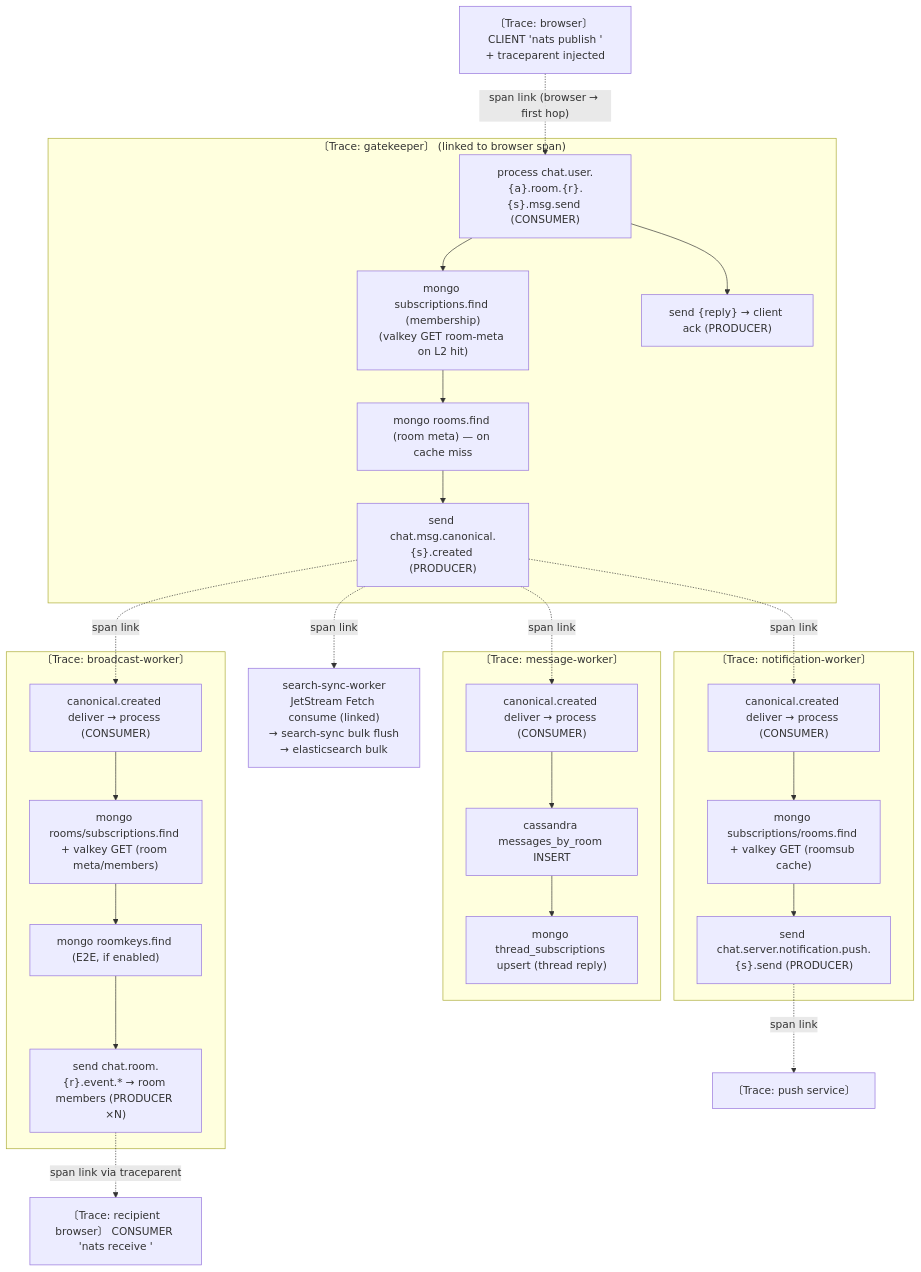
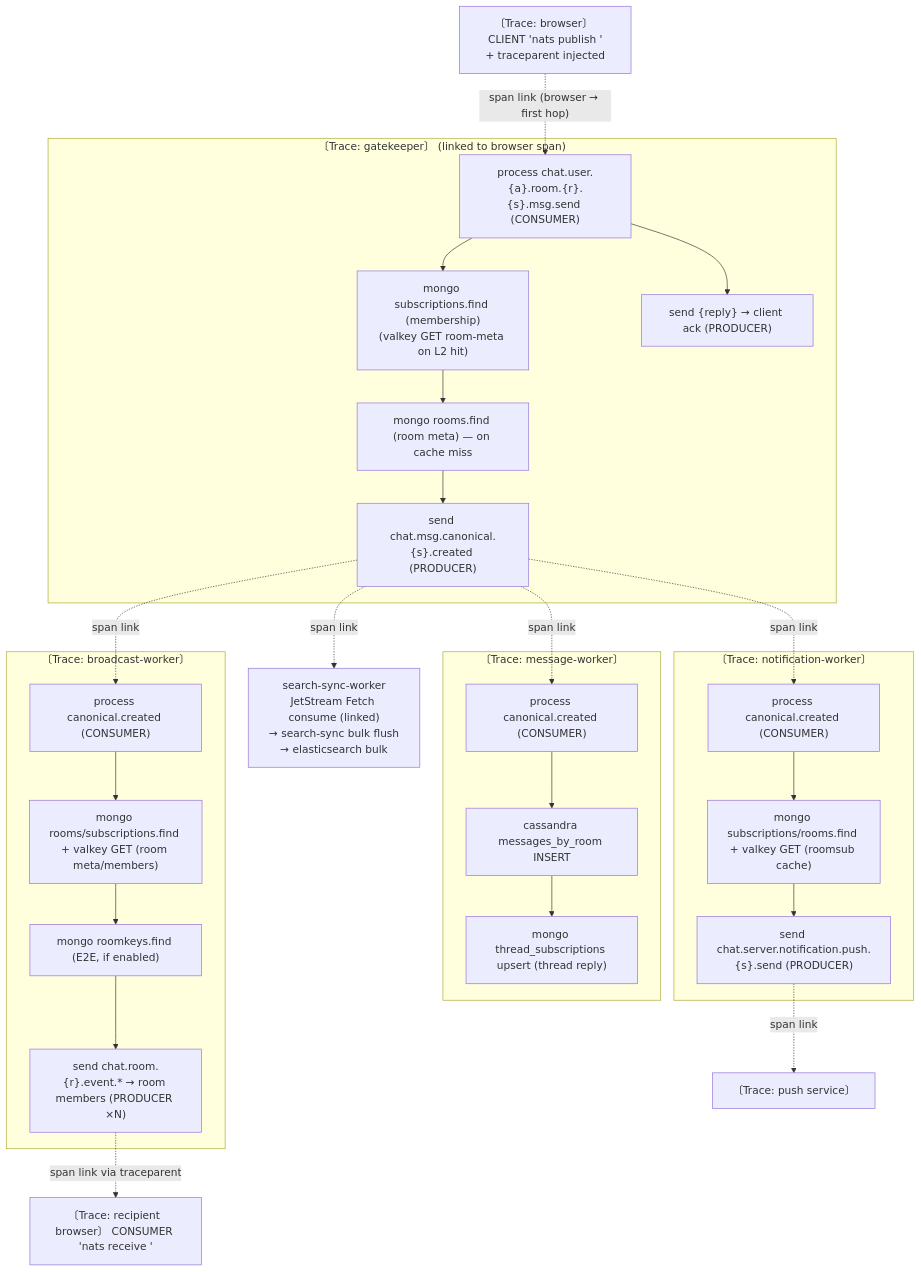
The first of 5 diagrams in docs/specs/o11y/o11y-trace-design.md (hmchangw/newchat), drawn with Mermaid before and after one commit. The commit also changed other lines of this file and 47 other files, not shown here.

````diff
--- a/docs/specs/o11y/o11y-trace-design.md
+++ b/docs/specs/o11y/o11y-trace-design.md
@@ -120,46 +119,46 @@
 ```mermaid
 flowchart TB
     Client["〔Trace: browser〕 CLIENT 'nats publish <msg.send subject>'\n+ traceparent injected"]
 
     subgraph TGK["〔Trace: gatekeeper〕 (linked to browser span)"]
       GKp["process chat.user.{a}.room.{r}.{s}.msg.send (CONSUMER)"]
       GKsub["mongo subscriptions.find (membership)\n(valkey GET room-meta on L2 hit)"]
       GKroom["mongo rooms.find (room meta) — on cache miss"]
       GKsend["send chat.msg.canonical.{s}.created (PRODUCER)"]
       GKreply["send {reply} → client ack (PRODUCER)"]
       GKp --> GKsub --> GKroom --> GKsend
       GKp --> GKreply
     end
 
     subgraph TMW["〔Trace: message-worker〕"]
-      MWp["canonical.created deliver → process (CONSUMER)"]
+      MWp["process canonical.created (CONSUMER)"]
       MWcass["cassandra messages_by_room INSERT"]
       MWthread["mongo thread_subscriptions upsert (thread reply)"]
       MWp --> MWcass --> MWthread
     end
 
     subgraph TBW["〔Trace: broadcast-worker〕"]
-      BWp["canonical.created deliver → process (CONSUMER)"]
+      BWp["process canonical.created (CONSUMER)"]
       BWmeta["mongo rooms/subscriptions.find + valkey GET (room meta/members)"]
       BWkey["mongo roomkeys.find (E2E, if enabled)"]
       BWout["send chat.room.{r}.event.* → room members (PRODUCER ×N)"]
       BWp --> BWmeta --> BWkey --> BWout
     end
 
     subgraph TNW["〔Trace: notification-worker〕"]
-      NWp["canonical.created deliver → process (CONSUMER)"]
+      NWp["process canonical.created (CONSUMER)"]
       NWdb["mongo subscriptions/rooms.find + valkey GET (roomsub cache)"]
       NWpush["send chat.server.notification.push.{s}.send (PRODUCER)"]
       NWp --> NWdb --> NWpush
     end
 
     SS["search-sync-worker\nJetStream Fetch consume (linked)\n→ search-sync bulk flush\n→ elasticsearch bulk"]
 
     Client -. "span link (browser → first hop)" .-> GKp
     GKsend -. "span link" .-> MWp
     GKsend -. "span link" .-> BWp
     GKsend -. "span link" .-> NWp
     GKsend -. "span link" .-> SS
     NWpush -. "span link" .-> PushSvc["〔Trace: push service〕"]
     BWout -. "span link via traceparent" .-> Members["〔Trace: recipient browser〕 CONSUMER 'nats receive <room event subject>'"]
 ```
````
